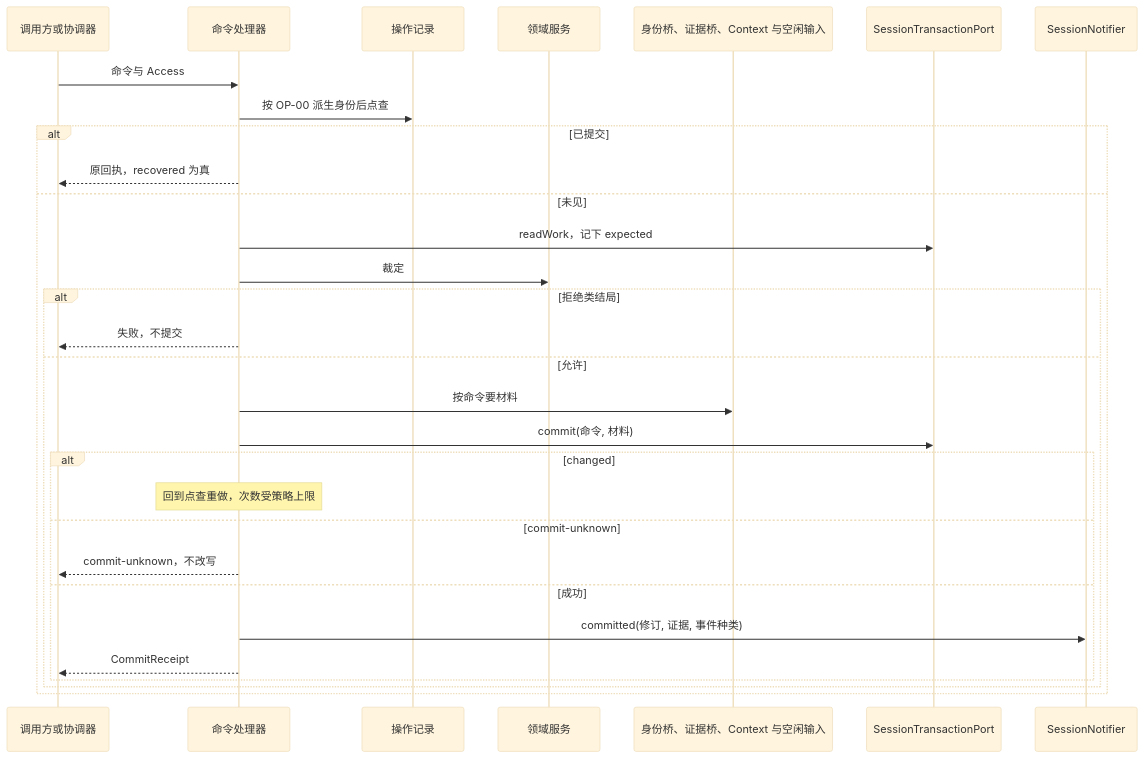
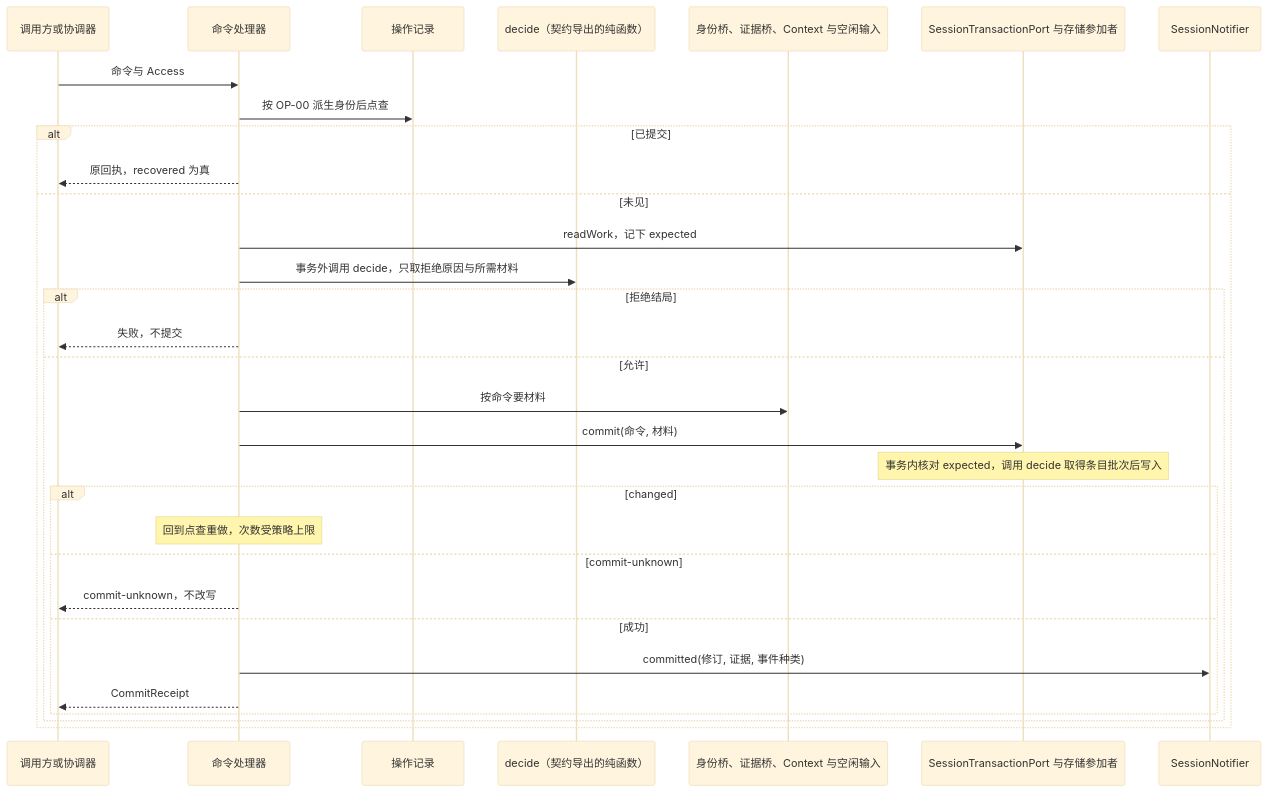
The first of 17 diagrams in packages/session/session/docs/flows.md (nemori-ai/omne-harness-lite), drawn with Mermaid (base theme) before and after one commit. The commit also changed other lines of this file and 3 other files, not shown here.

````diff
--- a/packages/session/session/docs/flows.md
+++ b/packages/session/session/docs/flows.md
@@ -13,32 +13,33 @@
 ```mermaid
 sequenceDiagram
     participant Caller as 调用方或协调器
     participant CP as 命令处理器
     participant Op as 操作记录
-    participant DS as 领域服务
+    participant DS as decide（契约导出的纯函数）
     participant Br as 身份桥、证据桥、Context 与空闲输入
-    participant Tx as SessionTransactionPort
+    participant Tx as SessionTransactionPort 与存储参加者
     participant N as SessionNotifier
     Caller->>CP: 命令与 Access
     CP->>Op: 按 OP-00 派生身份后点查
     alt 已提交
         CP-->>Caller: 原回执，recovered 为真
     else 未见
         CP->>Tx: readWork，记下 expected
-        CP->>DS: 裁定
-        alt 拒绝类结局
+        CP->>DS: 事务外调用 decide，只取拒绝原因与所需材料
+        alt 拒绝结局
             CP-->>Caller: 失败，不提交
         else 允许
             CP->>Br: 按命令要材料
             CP->>Tx: commit(命令, 材料)
+            Note over Tx: 事务内核对 expected，调用 decide 取得条目批次后写入
             alt changed
                 Note over CP: 回到点查重做，次数受策略上限
             else commit-unknown
                 CP-->>Caller: commit-unknown，不改写
             else 成功
                 CP->>N: committed(修订, 证据, 事件种类)
                 CP-->>Caller: CommitReceipt
             end
         end
     end
 ```
````
